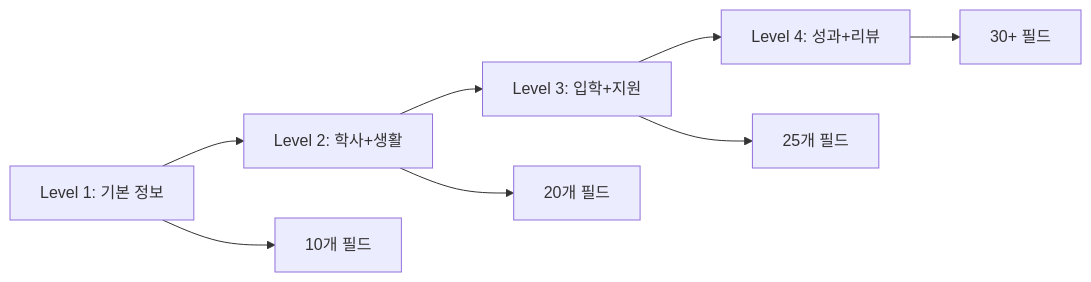
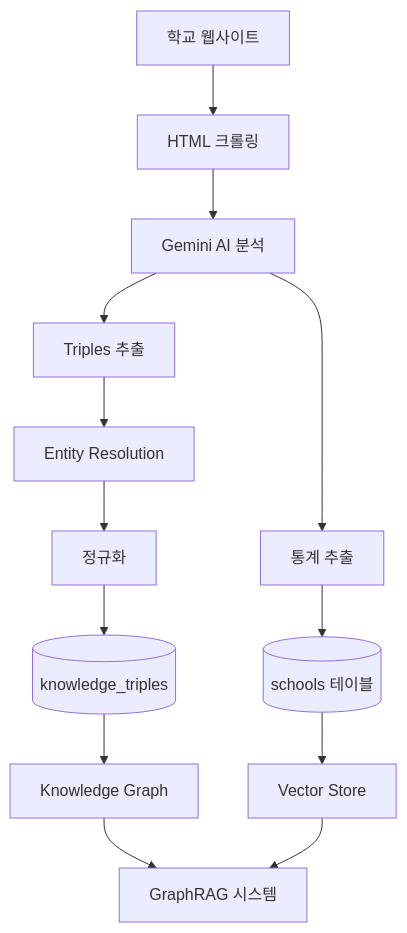
The seventh of 9 diagrams in docs/AI_ENHANCEMENT_PLAN_2026.md (park-jongbeom/college-crawler), drawn with Mermaid before and after one commit. The commit also changed other lines of this file, not shown here.

First line of the commit message:
feat: AI 기반 Knowledge Graph 크롤링 및 GraphRAG 구축 문서 추가

````diff
--- a/docs/AI_ENHANCEMENT_PLAN_2026.md
+++ b/docs/AI_ENHANCEMENT_PLAN_2026.md
@@ -628,11 +819,20 @@
 ```mermaid
-flowchart LR
-    L1[Level 1: 기본 정보] --> L2[Level 2: 학사+생활]
-    L2 --> L3[Level 3: 입학+지원]
-    L3 --> L4[Level 4: 성과+리뷰]
+flowchart TD
+    Start[학교 웹사이트] --> Crawl[HTML 크롤링]
+    Crawl --> AI[Gemini AI 분석]
     
-    L1 --> R1[10개 필드]
-    L2 --> R2[20개 필드]
-    L3 --> R3[25개 필드]
-    L4 --> R4[30+ 필드]
+    AI --> Triples[Triples 추출]
+    AI --> Stats[통계 추출]
+    
+    Triples --> EntityRes[Entity Resolution]
+    EntityRes --> Normalize[정규화]
+    
+    Normalize --> DB1[(knowledge_triples)]
+    Stats --> DB2[(schools 테이블)]
+    
+    DB1 --> Graph[Knowledge Graph]
+    DB2 --> Vector[Vector Store]
+    
+    Graph --> GraphRAG[GraphRAG 시스템]
+    Vector --> GraphRAG
 ```
````
